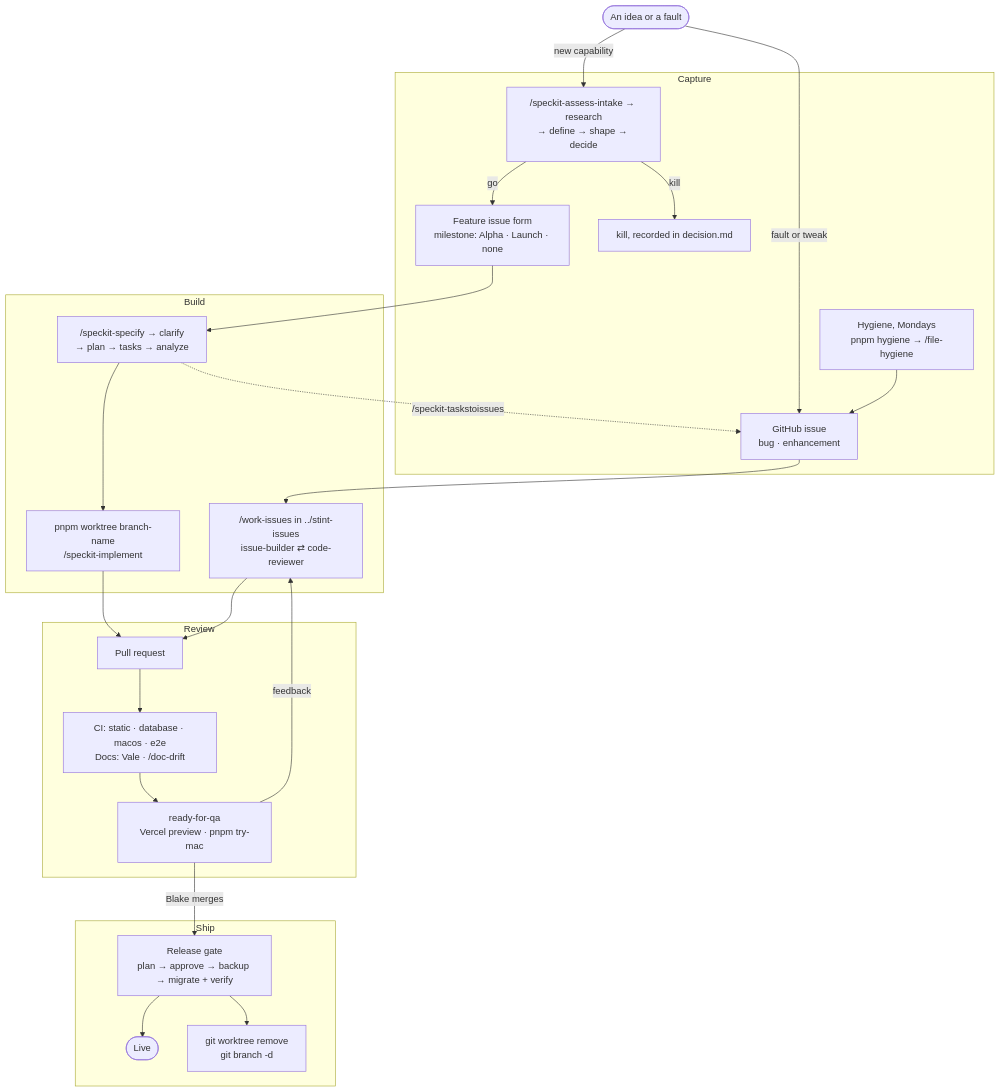
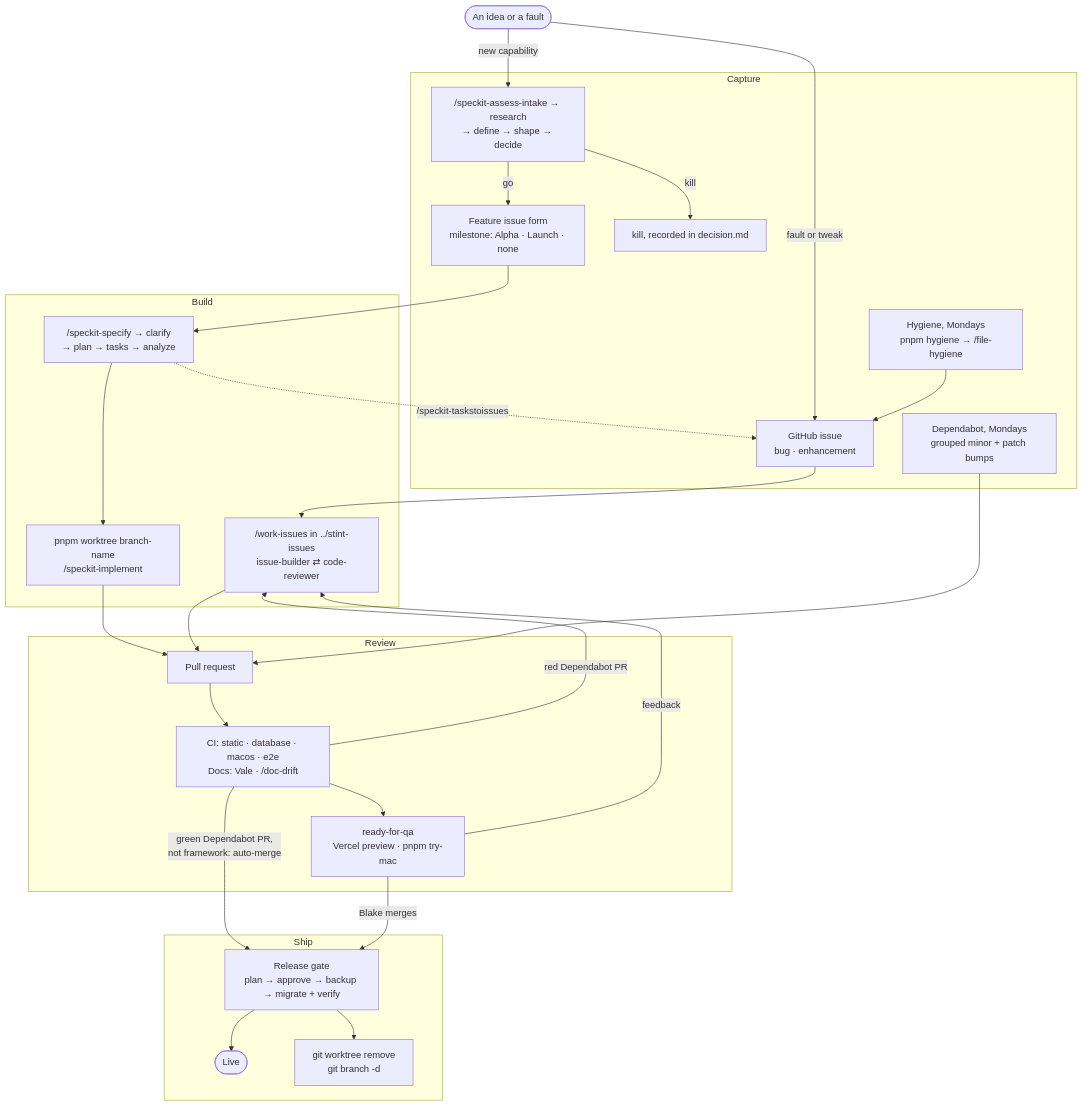
Before and after one commit to BlakeEriks/stint: the diagram in docs/sdlc.md, drawn with Mermaid. The commit also changed 3 other files, not shown here.

First line of the commit message:
Dependabot: bumps merge themselves once green; /work-issues fixes red ones

````diff
--- a/docs/sdlc.md
+++ b/docs/sdlc.md
@@ -6,47 +6,51 @@
 ```mermaid
 flowchart TD
   idea([An idea or a fault])
 
   subgraph Capture
     issue["GitHub issue<br/>bug · enhancement"]
     assess["/speckit-assess-intake → research<br/>→ define → shape → decide"]
     feature["Feature issue form<br/>milestone: Alpha · Launch · none"]
     killed["kill, recorded in decision.md"]
     hygiene["Hygiene, Mondays<br/>pnpm hygiene → /file-hygiene"]
+    deps["Dependabot, Mondays<br/>grouped minor + patch bumps"]
   end
 
   subgraph Build
     spec["/speckit-specify → clarify<br/>→ plan → tasks → analyze"]
     impl["pnpm worktree branch-name<br/>/speckit-implement"]
     wi["/work-issues in ../stint-issues<br/>issue-builder ⇄ code-reviewer"]
   end
 
   subgraph Review
     pr["Pull request"]
     ci["CI: static · database · macos · e2e<br/>Docs: Vale · /doc-drift"]
     qa["ready-for-qa<br/>Vercel preview · pnpm try-mac"]
   end
 
   subgraph Ship
     release["Release gate<br/>plan → approve → backup → migrate + verify"]
     live([Live])
     cleanup["git worktree remove<br/>git branch -d"]
   end
 
   idea -->|fault or tweak| issue
   idea -->|new capability| assess
   assess -->|go| feature
   assess -->|kill| killed
   hygiene --> issue
   feature --> spec
   spec --> impl
   spec -.->|/speckit-taskstoissues| issue
   issue --> wi
   impl --> pr
   wi --> pr
+  deps --> pr
   pr --> ci --> qa
+  ci -->|red Dependabot PR| wi
+  ci -->|green Dependabot PR,<br/>not framework: auto-merge| release
   qa -->|feedback| wi
   qa -->|Blake merges| release
   release --> live
   release --> cleanup
 ```
````
